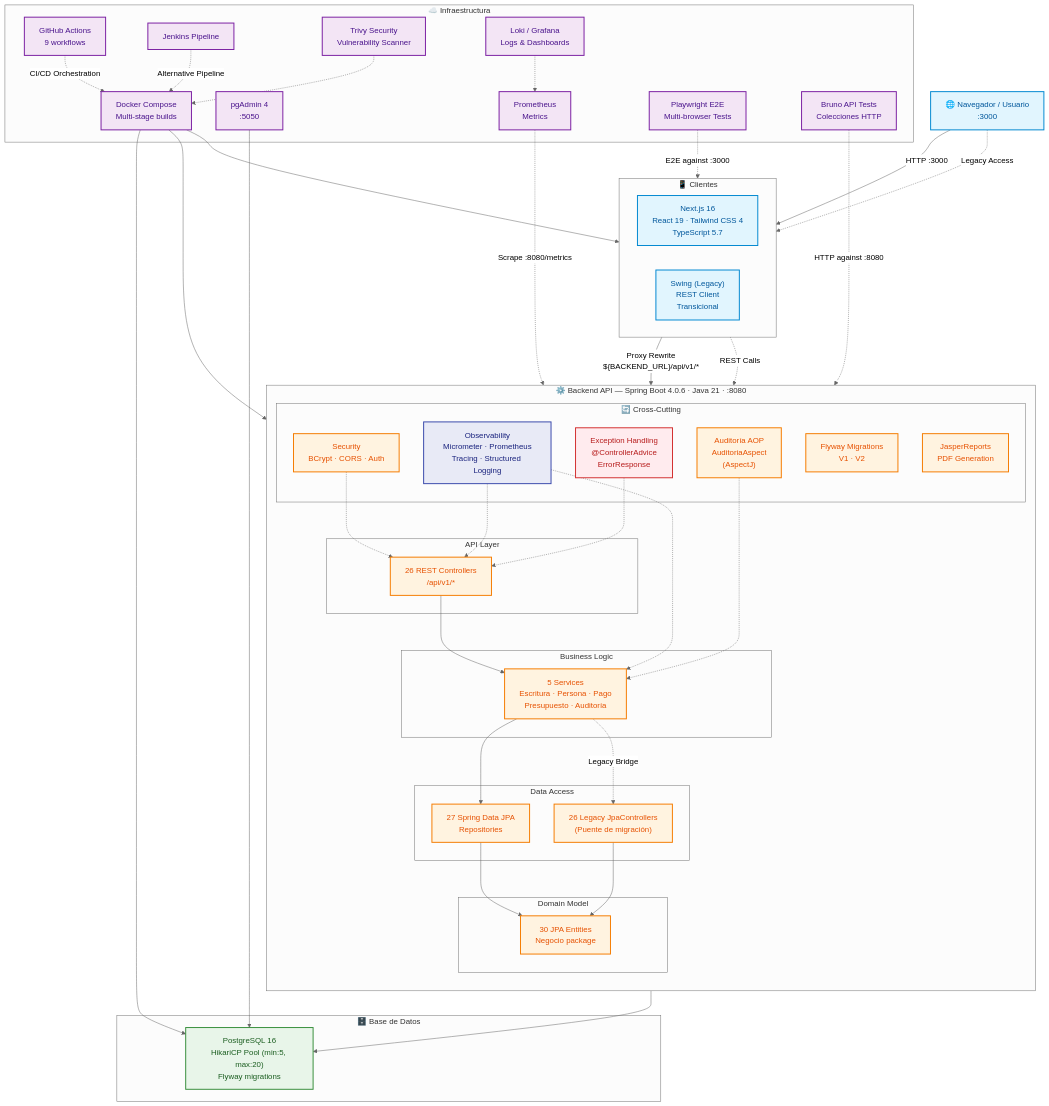
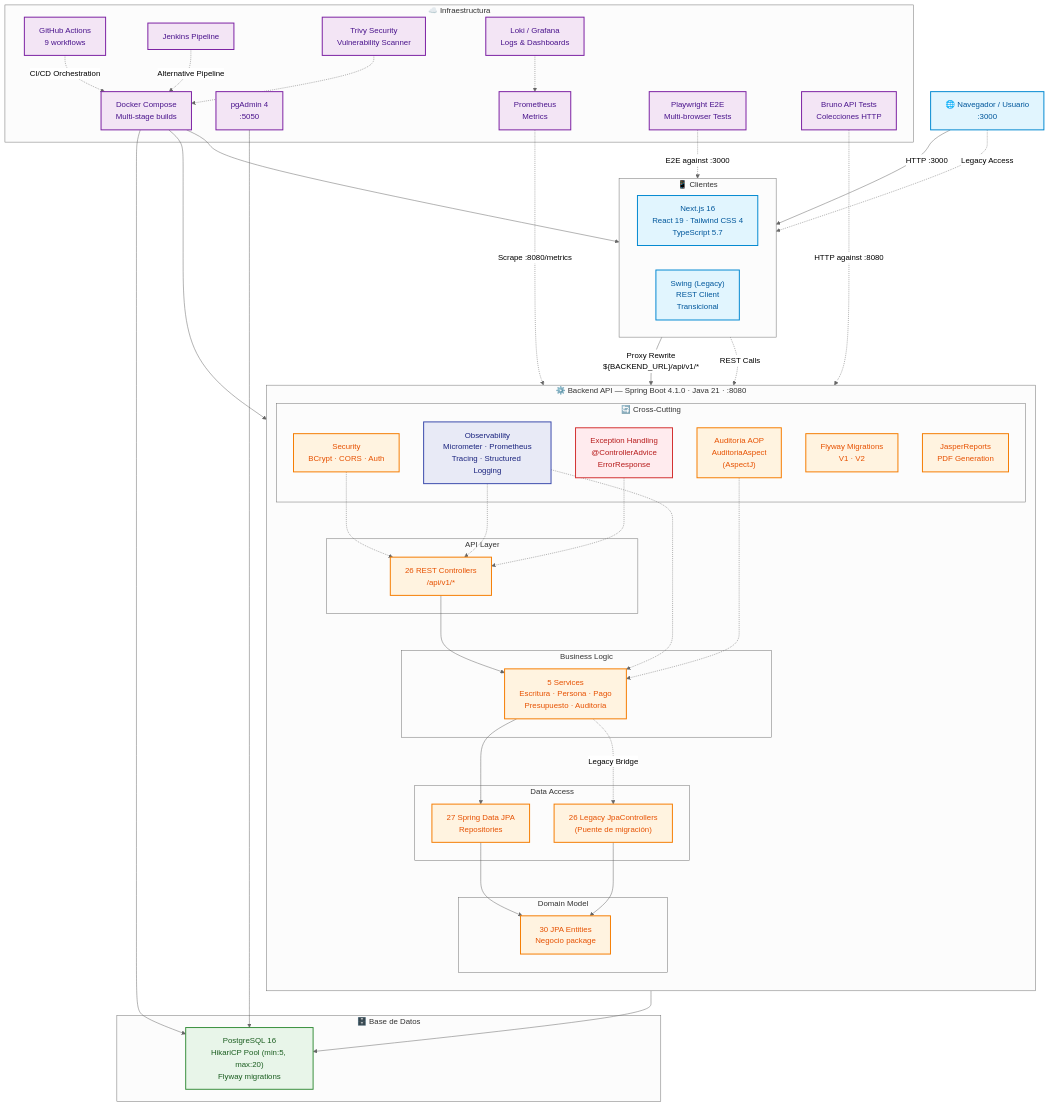
Before and after one commit to matiaspakua/notaire: the first of 2 diagrams in README.md, drawn with Mermaid (neutral theme). The commit also changed other lines of this file and 11 other files, not shown here.

First line of the commit message:
[#601] docs: fix Spring Boot version drift (pom.xml is 4.1.0, docs said 3 different values) (#754)

```diff
--- a/README.md
+++ b/README.md
@@ -148,7 +148,7 @@
   BROWSER["🌐 Navegador / Usuario<br/>:3000"]:::client
 
   %% ── BACKEND ──
-  subgraph BACKEND ["⚙️ Backend API — Spring Boot 4.0.6 · Java 21 · :8080"]
+  subgraph BACKEND ["⚙️ Backend API — Spring Boot 4.1.0 · Java 21 · :8080"]
     direction TB
 
     subgraph API ["API Layer"]
```
